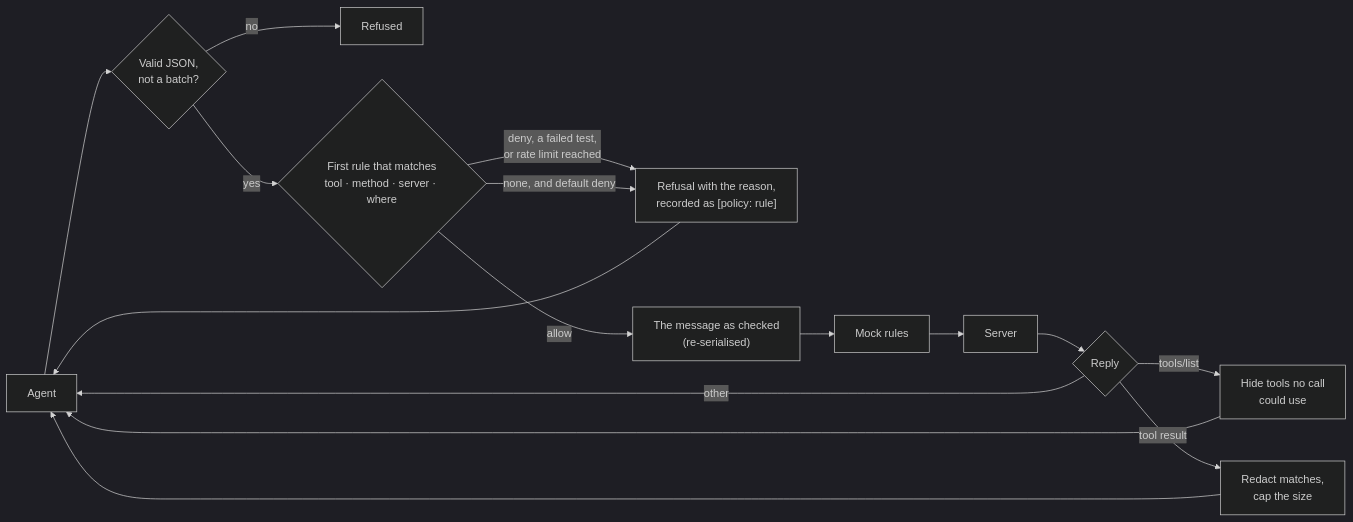
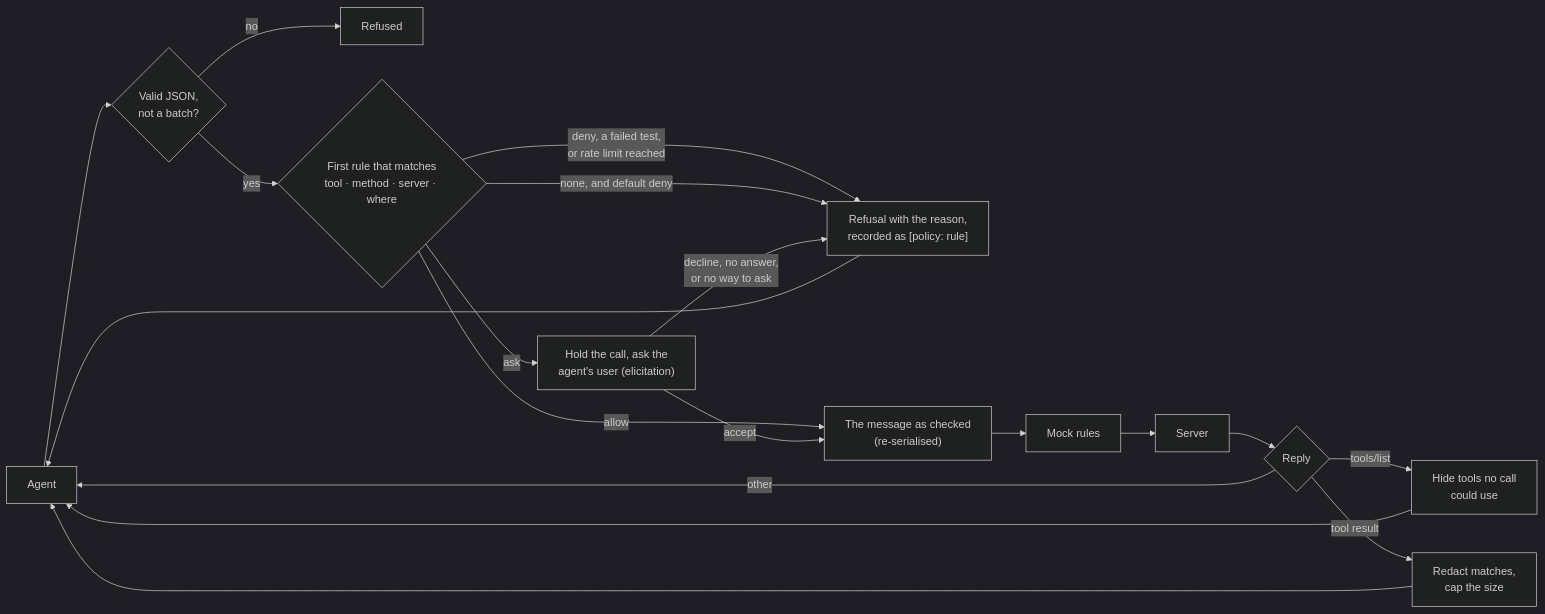
One commit to Jarryd-W-Hoffman/mcp-spy changed the third of 8 diagrams in README.md. Above: the diagram before and after it, drawn with Mermaid (dark theme). The commit also changed other lines of this file and 8 other files, not shown here.

First line of the commit message:
Add ask rules: hold a call until the agent's user approves it

````diff
--- a/README.md
+++ b/README.md
@@ -348,14 +349,17 @@
 ```mermaid
 flowchart LR
     A["Agent"] --> J{"Valid JSON,<br/>not a batch?"}
     J -->|no| X["Refused"]
     J -->|yes| R{"First rule that matches<br/>tool · method · server · where"}
     R -->|"deny, a failed test,<br/>or rate limit reached"| D["Refusal with the reason,<br/>recorded as [policy: rule]"]
     R -->|"none, and default deny"| D
     R -->|allow| F["The message as checked<br/>(re-serialised)"] --> M["Mock rules"] --> S["Server"]
+    R -->|ask| Q["Hold the call, ask the<br/>agent's user (elicitation)"]
+    Q -->|accept| F
+    Q -->|"decline, no answer,<br/>or no way to ask"| D
     S --> L{"Reply"}
     L -->|tools/list| H["Hide tools no call<br/>could use"] --> A
     L -->|tool result| C["Redact matches,<br/>cap the size"] --> A
     L -->|other| A
     D --> A
 ```
````
